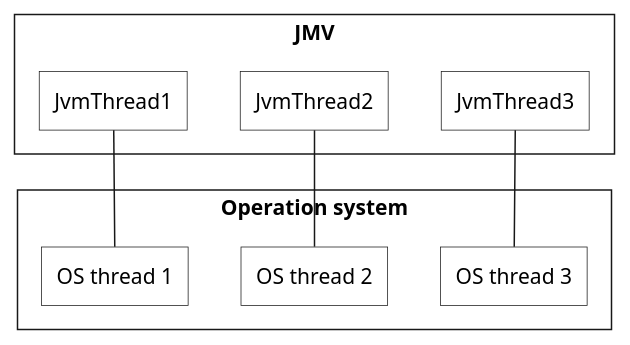
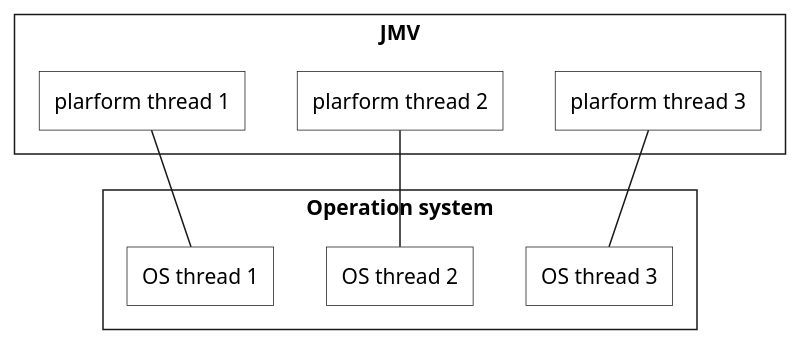
One commit to ti-cortex-m4/demo-java-virtual-threads2 changed the diagram in images/platform_threads.puml. Above: the diagram before and after it, drawn with PlantUML.

```diff
--- a/images/platform_threads.puml
+++ b/images/platform_threads.puml
@@ -1,27 +1,27 @@
 @startuml
 
 skinparam {
     defaultTextAlignment center
     roundCorner 0
     CardBackgroundColor transparent
     RectangleBackgroundColor transparent
     RectangleFontName Source Sans Pro
 }
 
 rectangle JMV {
-  rectangle JvmThread1
-  rectangle JvmThread2
-  rectangle JvmThread3
+  rectangle "plarform thread 1" as PlatformThread1
+  rectangle "plarform thread 2" as PlatformThread2
+  rectangle "plarform thread 3" as PlatformThread3
 }
 
 rectangle "Operation system" {
   rectangle "OS thread 1" as OsThread1
   rectangle "OS thread 2" as OsThread2
   rectangle "OS thread 3" as OsThread3
 }
 
-OsThread1 -up- JvmThread1
-OsThread2 -up- JvmThread2
-OsThread3 -up- JvmThread3
+OsThread1 -up- PlatformThread1
+OsThread2 -up- PlatformThread2
+OsThread3 -up- PlatformThread3
 
 @enduml
```
